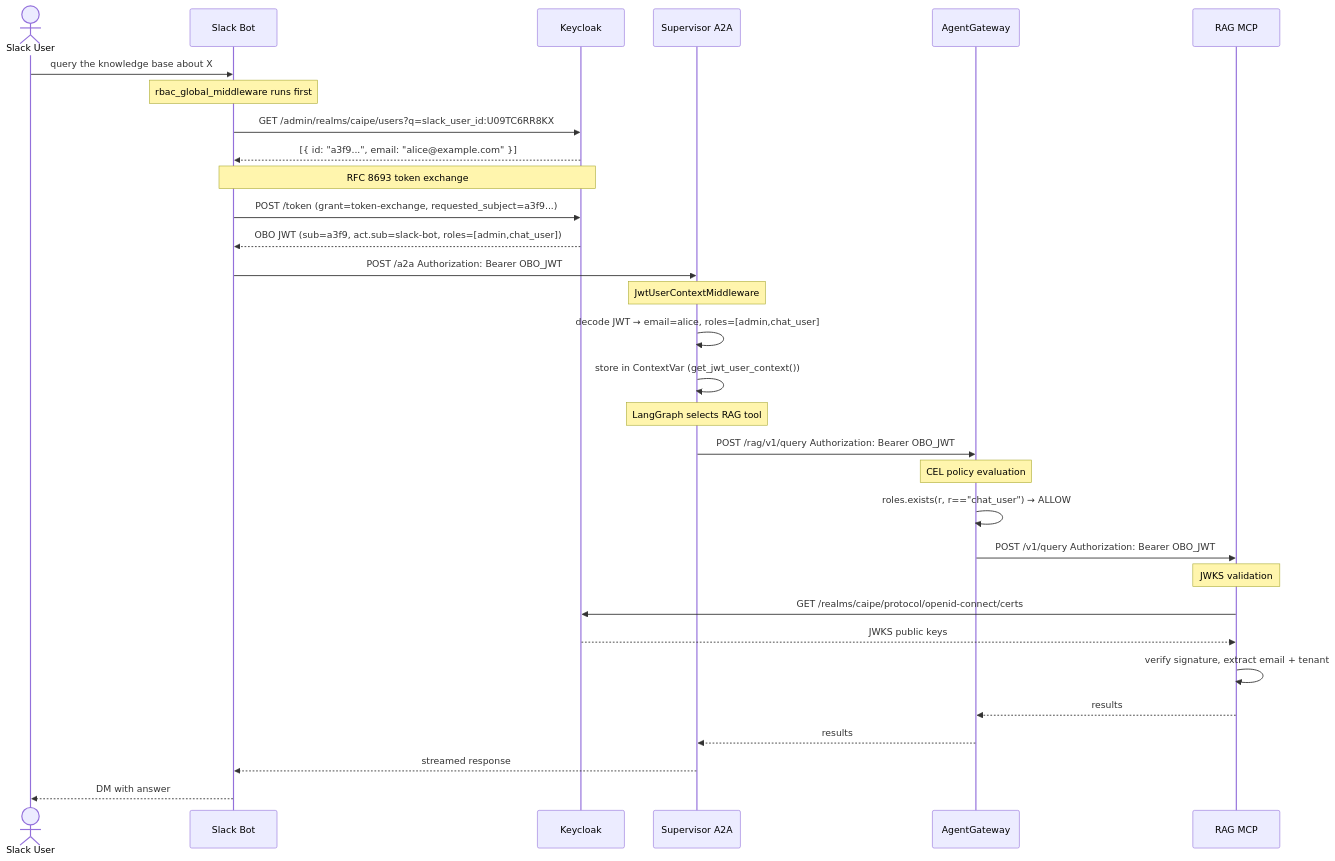
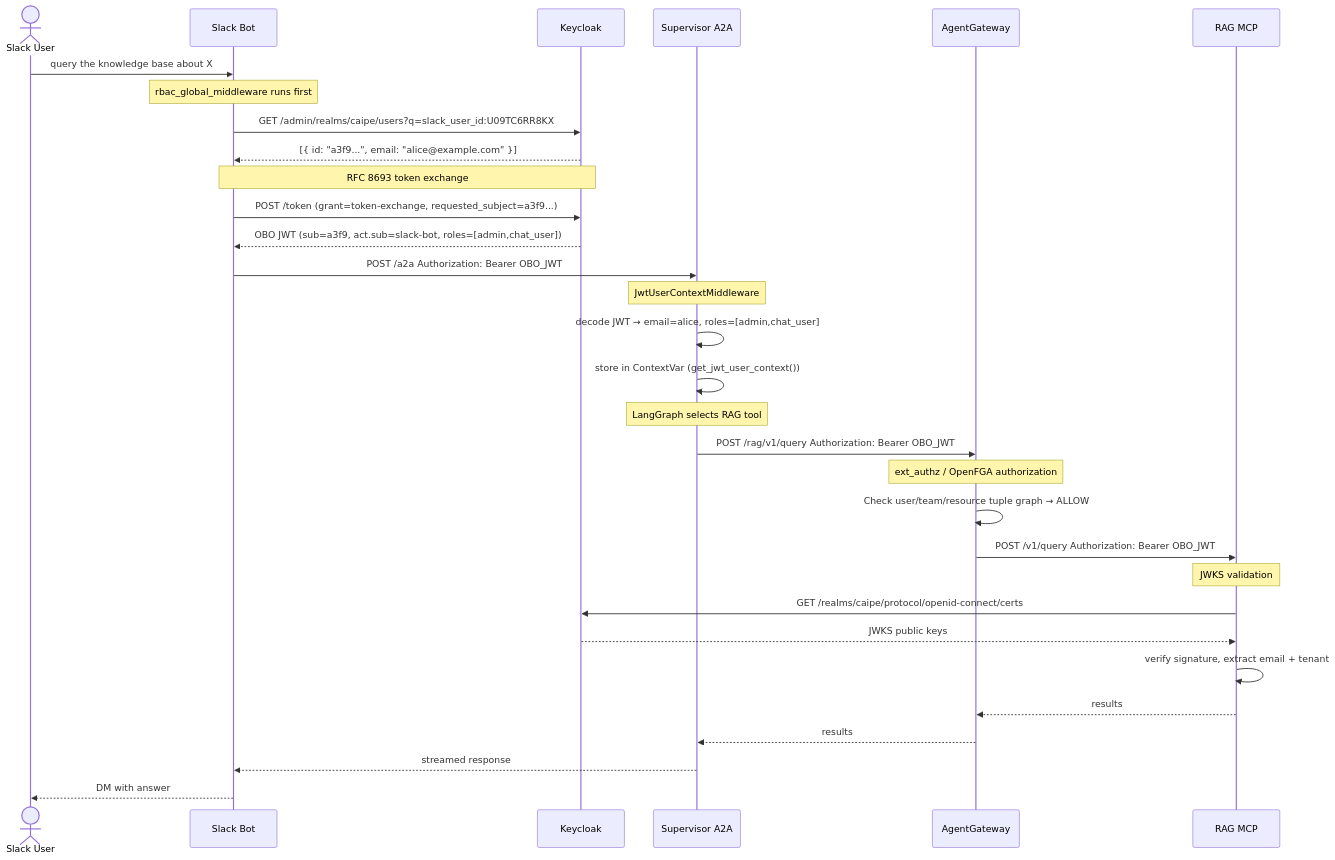
The second of 2 diagrams in docs/docs/security/rbac/workflows.md (cnoe-io/ai-platform-engineering), drawn with Mermaid before and after one commit. The commit also changed 8 other files, not shown here.

````diff
--- a/docs/docs/security/rbac/workflows.md
+++ b/docs/docs/security/rbac/workflows.md
@@ -152,42 +152,42 @@
 ```mermaid
 sequenceDiagram
     actor U as Slack User
     participant SB as Slack Bot
     participant KC as Keycloak
     participant SUP as Supervisor A2A
     participant AG as AgentGateway
     participant MCP as RAG MCP
 
     U->>SB: query the knowledge base about X
 
     note over SB: rbac_global_middleware runs first
     SB->>KC: GET /admin/realms/caipe/users?q=slack_user_id:U09TC6RR8KX
     KC-->>SB: [{ id: "a3f9...", email: "alice@example.com" }]
 
     note over SB,KC: RFC 8693 token exchange
     SB->>KC: POST /token (grant=token-exchange, requested_subject=a3f9...)
     KC-->>SB: OBO JWT (sub=a3f9, act.sub=slack-bot, roles=[admin,chat_user])
 
     SB->>SUP: POST /a2a  Authorization: Bearer OBO_JWT
 
     note over SUP: JwtUserContextMiddleware
     SUP->>SUP: decode JWT → email=alice, roles=[admin,chat_user]
     SUP->>SUP: store in ContextVar (get_jwt_user_context())
 
     note over SUP: LangGraph selects RAG tool
     SUP->>AG: POST /rag/v1/query  Authorization: Bearer OBO_JWT
 
-    note over AG: CEL policy evaluation
-    AG->>AG: roles.exists(r, r=="chat_user") → ALLOW
+    note over AG: ext_authz / OpenFGA authorization
+    AG->>AG: Check user/team/resource tuple graph → ALLOW
 
     AG->>MCP: POST /v1/query  Authorization: Bearer OBO_JWT
     note over MCP: JWKS validation
     MCP->>KC: GET /realms/caipe/protocol/openid-connect/certs
     KC-->>MCP: JWKS public keys
     MCP->>MCP: verify signature, extract email + tenant
 
     MCP-->>AG: results
     AG-->>SUP: results
     SUP-->>SB: streamed response
     SB-->>U: DM with answer
 ```
````
